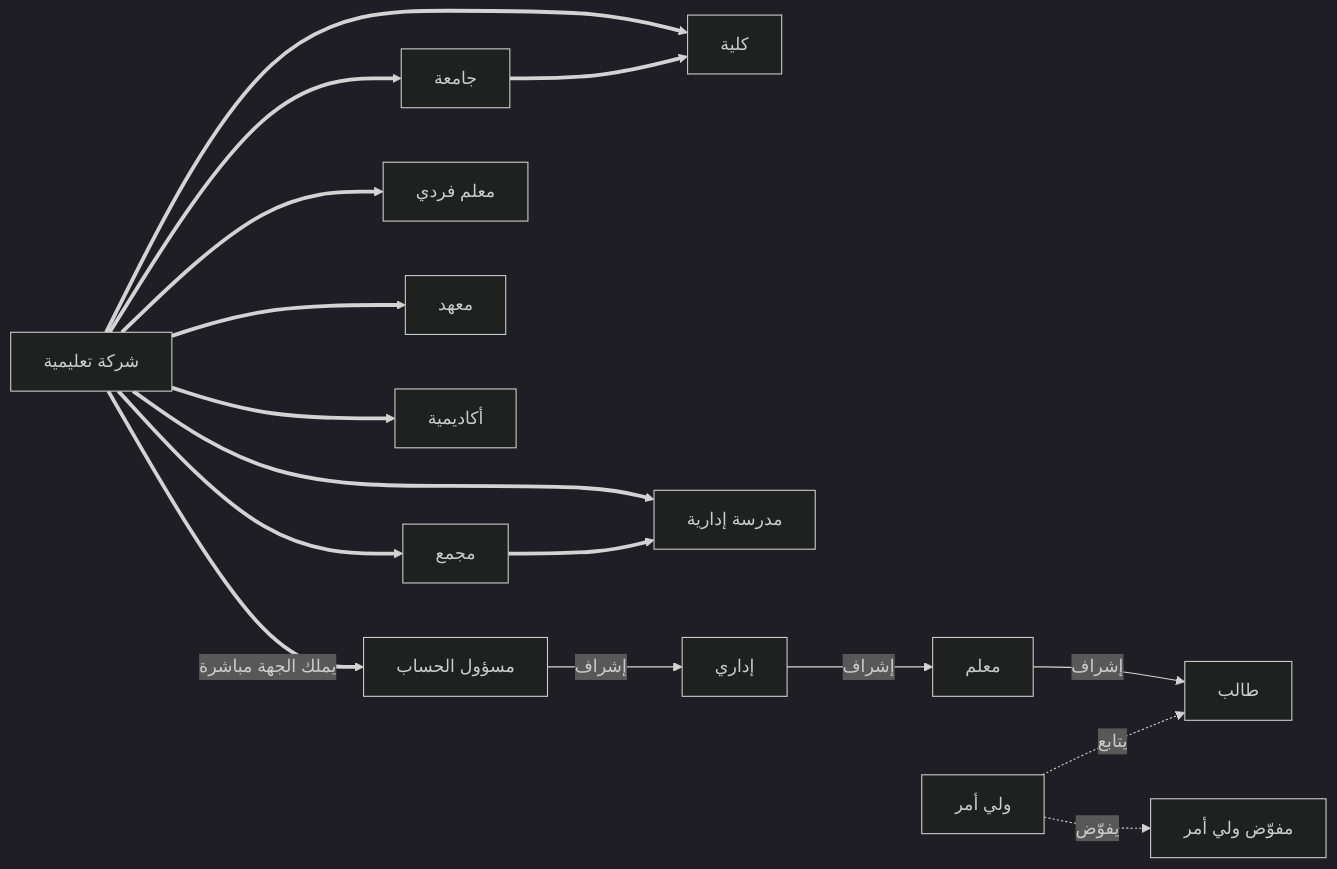
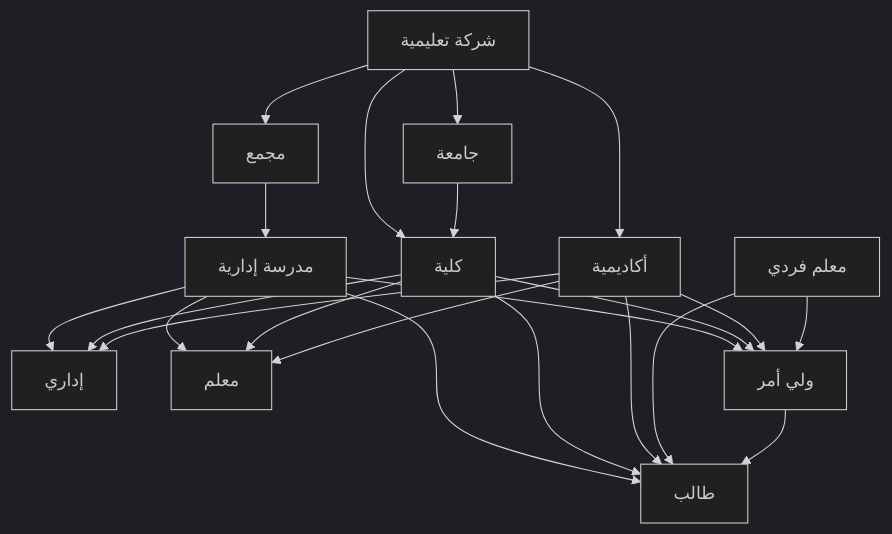
The diagram in docs/groups/role-hierarchy.md (TahdirIT/okta-docs), drawn with Mermaid (dark theme) before and after one commit. The commit also changed other lines of this file, not shown here.

Commit message:
docs(groups): restructure role-hierarchy to match sketched diagram
Containers (company/complex/university) hold smaller entities; operating
entities (school/college/academy/solo teacher) each manage their roles
(admin, teacher, guardian, student) directly, with guardian -> student
as a follow edge. Add footnotes for institute and guardian delegate.

````diff
--- a/docs/groups/role-hierarchy.md
+++ b/docs/groups/role-hierarchy.md
@@ -55,20 +48,44 @@
 ```mermaid
-graph LR
-  COMPANY["شركة تعليمية"] ==> UNI["جامعة"]
-  COMPANY ==> COMPLEX["مجمع"]
-  COMPANY ==> COLLEGE["كلية"]
-  COMPANY ==> SCHOOL["مدرسة إدارية"]
-  COMPANY ==> SOLO["معلم فردي"]
-  COMPANY ==> INSTITUTE["معهد"]
-  COMPANY ==> ACADEMY["أكاديمية"]
-  UNI ==> COLLEGE
-  COMPLEX ==> SCHOOL
+graph TD
+  COMPANY["شركة تعليمية"]
+  COMPLEX["مجمع"]
+  UNI["جامعة"]
+  ACADEMY["أكاديمية"]
+  SOLO["معلم فردي"]
+  SCHOOL["مدرسة إدارية"]
+  COLLEGE["كلية"]
+  ADMIN["إداري"]
+  TEACHER["معلم"]
+  GUARDIAN["ولي أمر"]
+  STUDENT["طالب"]
 
-  COMPANY ==>|يملك الجهة مباشرة| OWNER["مسؤول الحساب"]
+  %% احتواء الكيانات
+  COMPANY --> COMPLEX
+  COMPANY --> UNI
+  COMPANY --> ACADEMY
+  COMPANY --> COLLEGE
+  COMPLEX --> SCHOOL
+  UNI --> COLLEGE
 
-  OWNER -->|إشراف| ADMIN["إداري"]
-  ADMIN -->|إشراف| TEACHER["معلم"]
-  TEACHER -->|إشراف| STUDENT["طالب"]
-  GUARDIAN["ولي أمر"] -.->|يتابع| STUDENT
-  GUARDIAN -.->|يفوّض| DELEGATE["مفوّض ولي أمر"]
+  %% الجهات التشغيلية تدير المستخدمين
+  SCHOOL --> ADMIN
+  SCHOOL --> TEACHER
+  SCHOOL --> GUARDIAN
+  SCHOOL --> STUDENT
+
+  COLLEGE --> ADMIN
+  COLLEGE --> TEACHER
+  COLLEGE --> GUARDIAN
+  COLLEGE --> STUDENT
+
+  ACADEMY --> ADMIN
+  ACADEMY --> TEACHER
+  ACADEMY --> GUARDIAN
+  ACADEMY --> STUDENT
+
+  SOLO --> GUARDIAN
+  SOLO --> STUDENT
+
+  %% داخل الأدوار
+  GUARDIAN --> STUDENT
 ```
````
